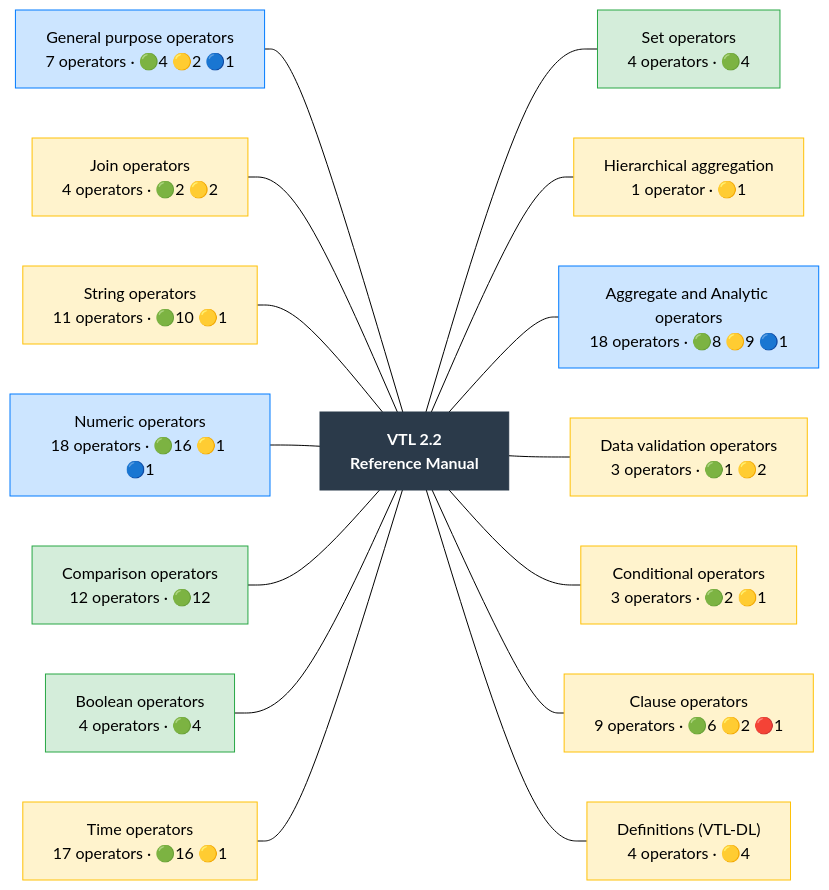
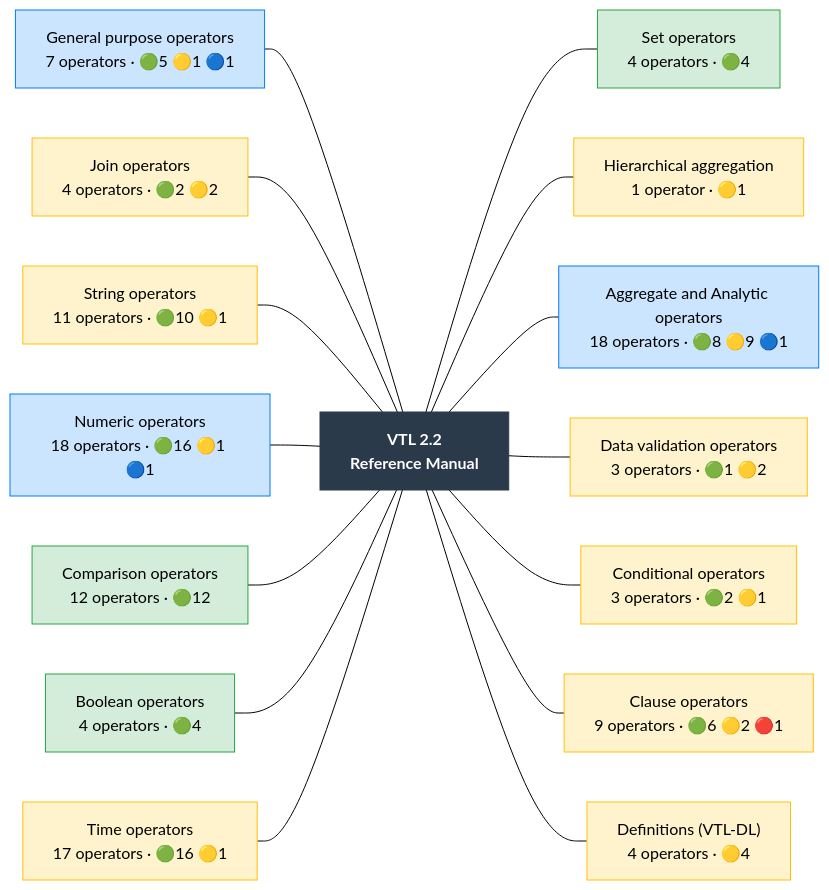
One commit to Meaningful-Data/vtlengine changed the diagram in docs/operator_map/overview.rst. Above: the diagram before and after it, drawn with Mermaid (forest theme). The commit also changed other lines of this file and 142 other files, not shown here.

```diff
--- a/docs/operator_map/overview.rst
+++ b/docs/operator_map/overview.rst
@@ -30,54 +30,54 @@
 .. mermaid::
    :config: {"flowchart": {"useMaxWidth": false}}
 
    flowchart LR
        classDef ok fill:#d4edda,stroke:#28a745,color:#000
        classDef partial fill:#fff3cd,stroke:#ffc107,color:#000
        classDef refused fill:#d4edda,stroke:#28a745,stroke-width:3px,stroke-dasharray: 2 2,color:#000
        classDef missing fill:#f8d7da,stroke:#dc3545,color:#000
        classDef diverge fill:#cce5ff,stroke:#007bff,color:#000
        classDef block fill:#2b3a4a,stroke:#2b3a4a,color:#fff,font-weight:bold
        classDef ext fill:#fff,stroke:#666,color:#000,stroke-dasharray: 5 5
        R["VTL 2.2<br/>Reference Manual"]:::block
-       chapter__general["General purpose operators<br/>7 operators · 🟢4 🟡2 🔵1"]:::diverge
+       chapter__general["General purpose operators<br/>7 operators · 🟢5 🟡1 🔵1"]:::diverge
        chapter__join["Join operators<br/>4 operators · 🟢2 🟡2"]:::partial
        chapter__string["String operators<br/>11 operators · 🟢10 🟡1"]:::partial
        chapter__numeric["Numeric operators<br/>18 operators · 🟢16 🟡1 🔵1"]:::diverge
        chapter__comparison["Comparison operators<br/>12 operators · 🟢12"]:::ok
        chapter__boolean["Boolean operators<br/>4 operators · 🟢4"]:::ok
        chapter__time["Time operators<br/>17 operators · 🟢16 🟡1"]:::partial
        chapter__set["Set operators<br/>4 operators · 🟢4"]:::ok
        chapter__hierarchy["Hierarchical aggregation<br/>1 operator · 🟡1"]:::partial
        chapter__aggregate["Aggregate and Analytic operators<br/>18 operators · 🟢8 🟡9 🔵1"]:::diverge
        chapter__validation["Data validation operators<br/>3 operators · 🟢1 🟡2"]:::partial
        chapter__conditional["Conditional operators<br/>3 operators · 🟢2 🟡1"]:::partial
        chapter__clause["Clause operators<br/>9 operators · 🟢6 🟡2 🔴1"]:::partial
        chapter__definitions["Definitions (VTL-DL)<br/>4 operators · 🟡4"]:::partial
        chapter__general --- R
        chapter__join --- R
        chapter__string --- R
        chapter__numeric --- R
        chapter__comparison --- R
        chapter__boolean --- R
        chapter__time --- R
        R --- chapter__set
        R --- chapter__hierarchy
        R --- chapter__aggregate
        R --- chapter__validation
        R --- chapter__conditional
        R --- chapter__clause
        R --- chapter__definitions
        click chapter__general href "general/index.html"
        click chapter__join href "join/index.html"
        click chapter__string href "string/index.html"
        click chapter__numeric href "numeric/index.html"
        click chapter__comparison href "comparison/index.html"
        click chapter__boolean href "boolean/index.html"
        click chapter__time href "time/index.html"
        click chapter__set href "set/index.html"
        click chapter__hierarchy href "hierarchy/index.html"
        click chapter__aggregate href "aggregate/index.html"
        click chapter__validation href "validation/index.html"
        click chapter__conditional href "conditional/index.html"
        click chapter__clause href "clause/index.html"
        click chapter__definitions href "definitions/index.html"
```
